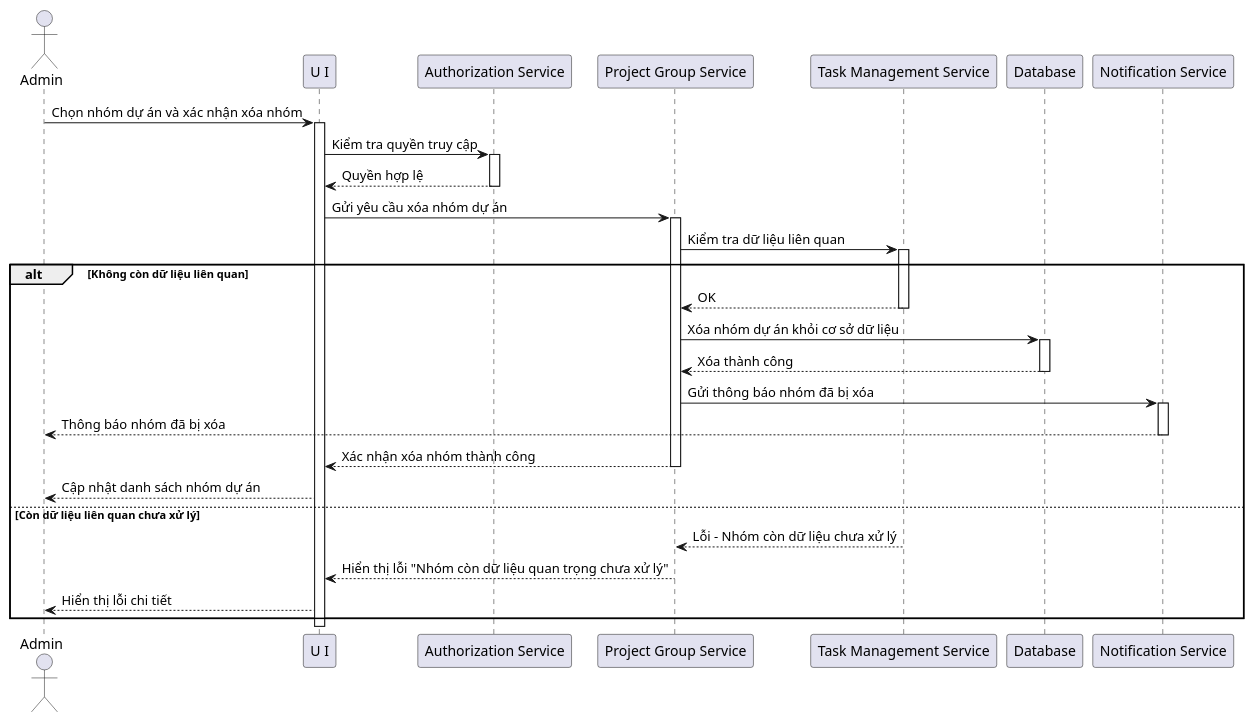
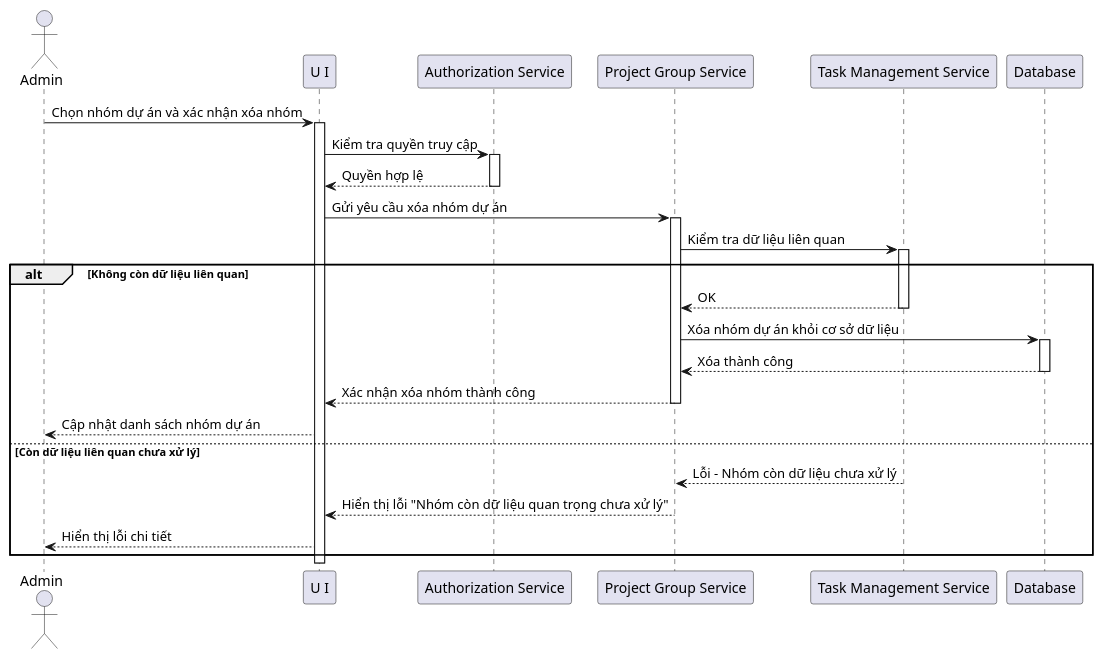
The diagram in module2/XoaNhom.puml (MaiDucDuy05/UML), drawn with PlantUML before and after one commit. The commit also changed 12 other files, not shown here.

```diff
--- a/module2/XoaNhom.puml
+++ b/module2/XoaNhom.puml
@@ -1,51 +1,46 @@
 @startuml
 actor "Admin" as User
 
 participant "U I" as UI
 participant "Authorization Service"
 participant "Project Group Service" as System
 participant "Task Management Service"
 participant "Database" as DB
-participant "Notification Service"
+
 
 User -> UI: Chọn nhóm dự án và xác nhận xóa nhóm
 activate UI
 
 UI -> "Authorization Service": Kiểm tra quyền truy cập
 activate "Authorization Service"
 "Authorization Service" --> UI: Quyền hợp lệ
 deactivate "Authorization Service"
 
 UI -> System: Gửi yêu cầu xóa nhóm dự án
 activate System
 
 System -> "Task Management Service": Kiểm tra dữ liệu liên quan
 activate "Task Management Service"
 
 alt Không còn dữ liệu liên quan
     "Task Management Service" --> System: OK
     deactivate "Task Management Service"
 
     System -> DB: Xóa nhóm dự án khỏi cơ sở dữ liệu
     activate DB
     DB --> System: Xóa thành công
     deactivate DB
 
-    System -> "Notification Service": Gửi thông báo nhóm đã bị xóa
-    activate "Notification Service"
-    "Notification Service" --> User: Thông báo nhóm đã bị xóa
-    deactivate "Notification Service"
-
     System --> UI: Xác nhận xóa nhóm thành công
     deactivate System
     UI --> User: Cập nhật danh sách nhóm dự án
 
 else Còn dữ liệu liên quan chưa xử lý
     "Task Management Service" --> System: Lỗi - Nhóm còn dữ liệu chưa xử lý
     deactivate "Task Management Service"
     System --> UI: Hiển thị lỗi "Nhóm còn dữ liệu quan trọng chưa xử lý"
     UI --> User: Hiển thị lỗi chi tiết
     deactivate System
 end
 
 @enduml
```
